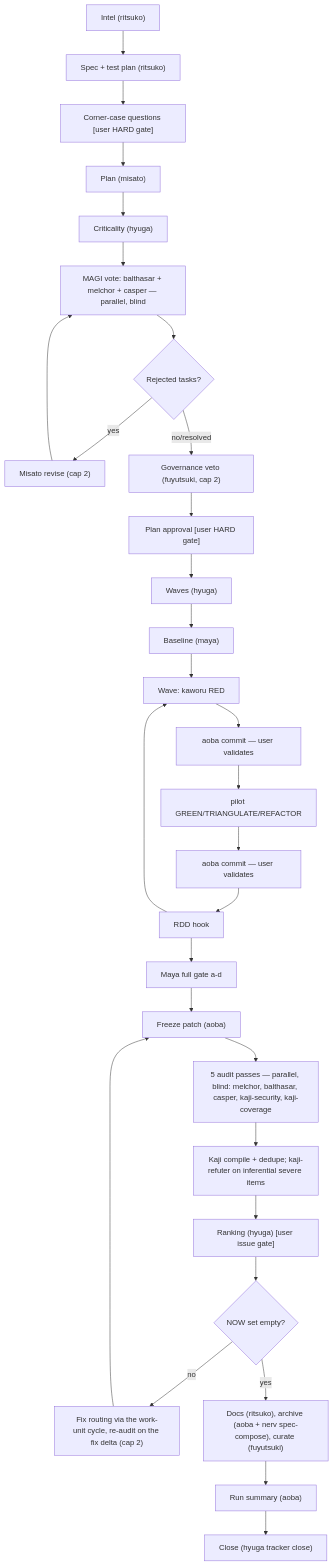
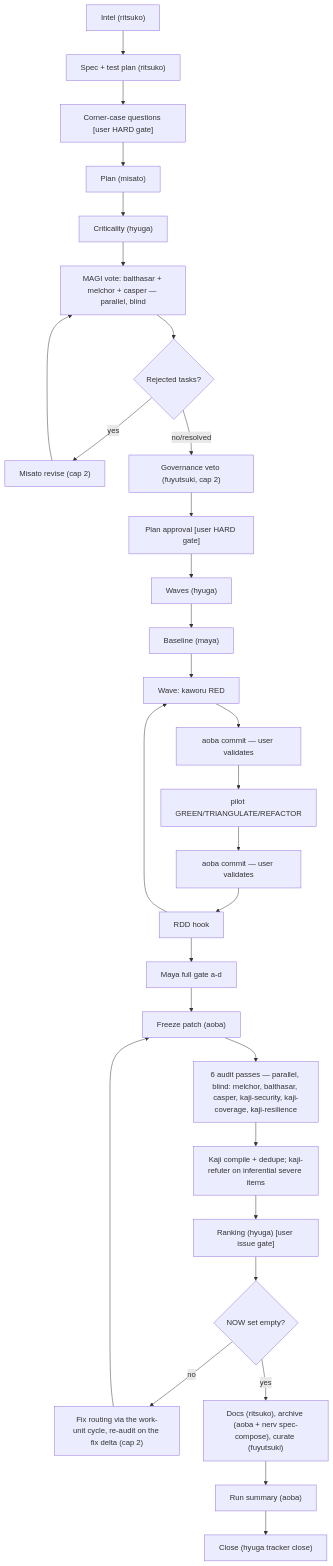
Before and after one commit to war-apps/nerv-by-gentle-ai: the fifth of 6 diagrams in docs/integration.md, drawn with Mermaid. The commit also changed other lines of this file and 19 other files, not shown here.

````diff
--- a/docs/integration.md
+++ b/docs/integration.md
@@ -150,32 +150,32 @@
 ```mermaid
 flowchart TB
     A["Intel (ritsuko)"] --> B["Spec + test plan (ritsuko)"]
     B --> C["Corner-case questions [user HARD gate]"]
     C --> D["Plan (misato)"]
     D --> E["Criticality (hyuga)"]
     E --> F["MAGI vote: balthasar + melchor + casper — parallel, blind"]
     F --> G{"Rejected tasks?"}
     G -- yes --> H["Misato revise (cap 2)"]
     H --> F
     G -- no/resolved --> I["Governance veto (fuyutsuki, cap 2)"]
     I --> J["Plan approval [user HARD gate]"]
     J --> K["Waves (hyuga)"]
     K --> L["Baseline (maya)"]
     L --> M["Wave: kaworu RED"]
     M --> N["aoba commit — user validates"]
     N --> O["pilot GREEN/TRIANGULATE/REFACTOR"]
     O --> P["aoba commit — user validates"]
     P --> Q["RDD hook"]
     Q --> M
     Q --> R["Maya full gate a-d"]
     R --> S1["Freeze patch (aoba)"]
-    S1 --> S2["5 audit passes — parallel, blind: melchor, balthasar, casper, kaji-security, kaji-coverage"]
+    S1 --> S2["6 audit passes — parallel, blind: melchor, balthasar, casper, kaji-security, kaji-coverage, kaji-resilience"]
     S2 --> S3["Kaji compile + dedupe; kaji-refuter on inferential severe items"]
     S3 --> S4["Ranking (hyuga) [user issue gate]"]
     S4 --> S5{"NOW set empty?"}
     S5 -- no --> S6["Fix routing via the work-unit cycle, re-audit on the fix delta (cap 2)"]
     S6 --> S1
     S5 -- yes --> S7["Docs (ritsuko), archive (aoba + nerv spec-compose), curate (fuyutsuki)"]
     S7 --> T["Run summary (aoba)"]
     T --> U["Close (hyuga tracker close)"]
 ```
````
